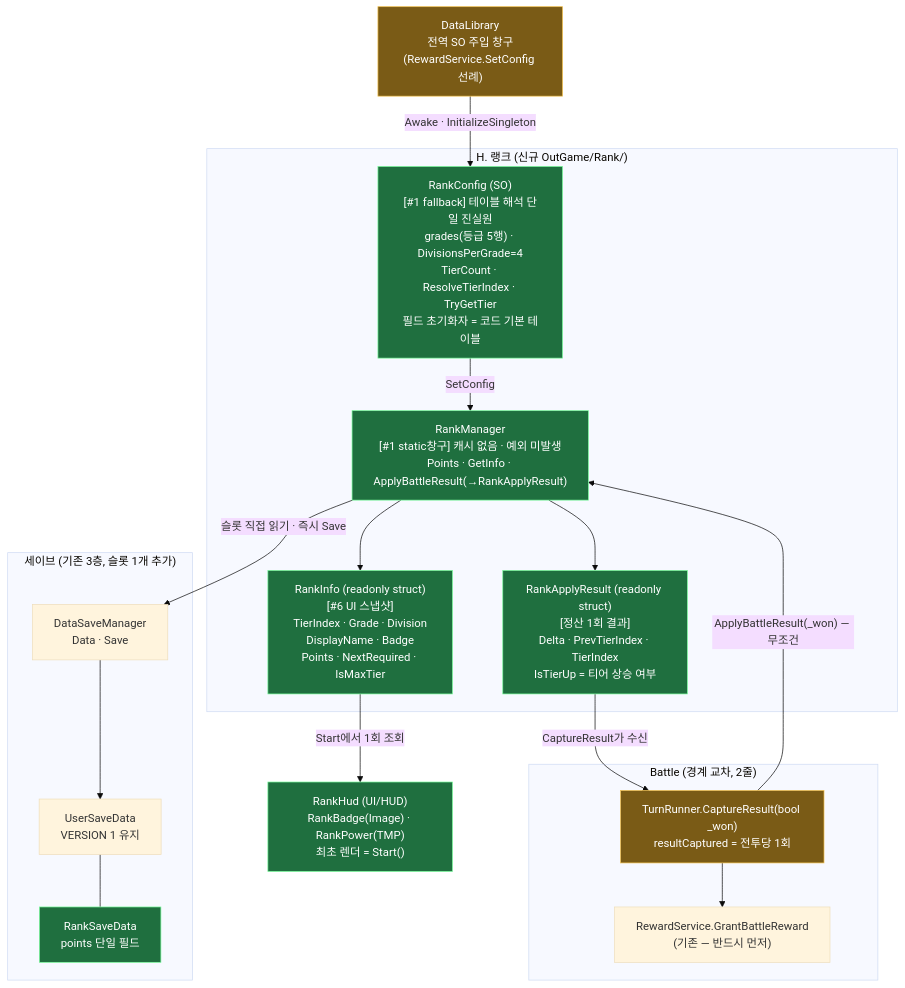
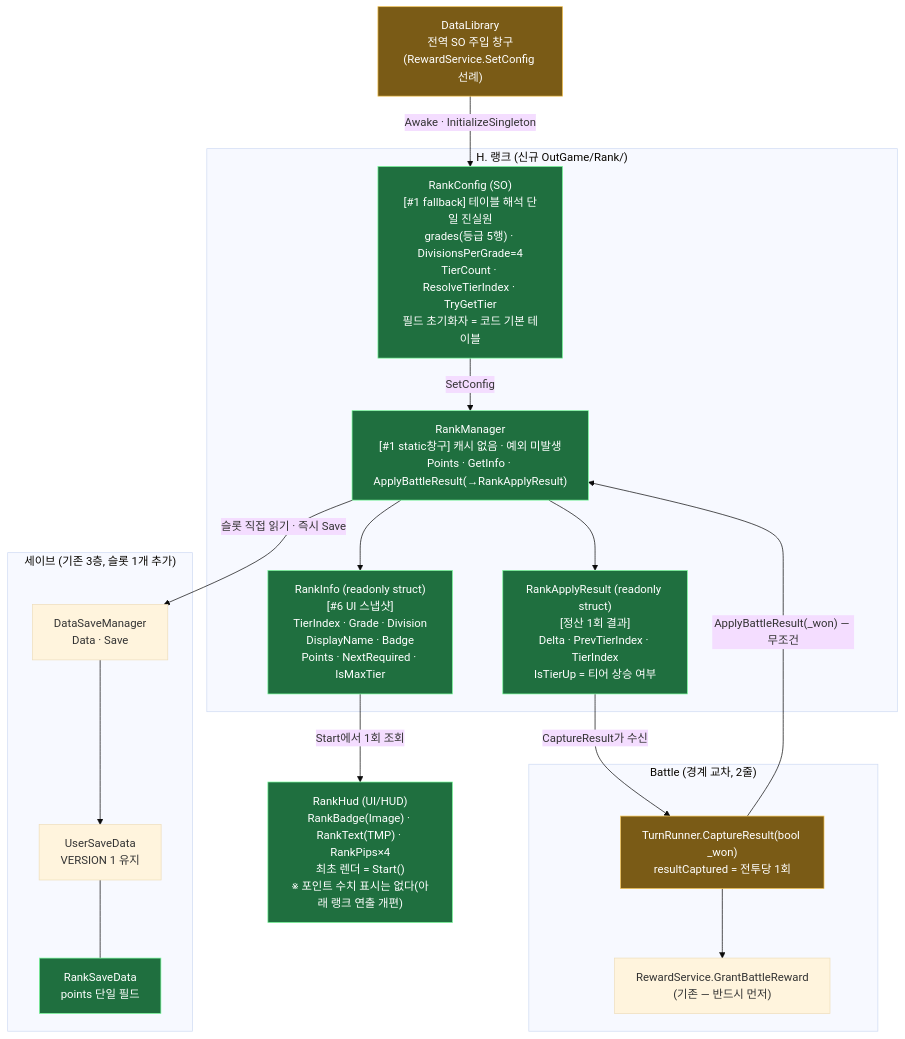
Diagram 12 of 20 in docs/OutGamePlan/STRUCTURE.md (hspark-maker/TeamfightTCG_Migriation), drawn with Mermaid (base theme) before and after one commit. The commit also changed other lines of this file and 45 other files, not shown here.

````diff
--- a/docs/OutGamePlan/STRUCTURE.md
+++ b/docs/OutGamePlan/STRUCTURE.md
@@ -546,38 +546,38 @@
 ```mermaid
 flowchart TD
     subgraph save["세이브 (기존 3층, 슬롯 1개 추가)"]
         DSM["DataSaveManager<br/>Data · Save"]
         USD["UserSaveData<br/>VERSION 1 유지"]
         RSD["RankSaveData<br/>points 단일 필드"]:::new
     end
 
     subgraph rank["H. 랭크 (신규 OutGame/Rank/)"]
         CFG["RankConfig (SO)<br/>[#1 fallback] 테이블 해석 단일 진실원<br/>grades(등급 5행) · DivisionsPerGrade=4<br/>TierCount · ResolveTierIndex · TryGetTier<br/>필드 초기화자 = 코드 기본 테이블"]:::new
         MGR["RankManager<br/>[#1 static창구] 캐시 없음 · 예외 미발생<br/>Points · GetInfo · ApplyBattleResult(→RankApplyResult)"]:::new
         APPLY["RankApplyResult (readonly struct)<br/>[정산 1회 결과]<br/>Delta · PrevTierIndex · TierIndex<br/>IsTierUp = 티어 상승 여부"]:::new
         INFO["RankInfo (readonly struct)<br/>[#6 UI 스냅샷]<br/>TierIndex · Grade · Division<br/>DisplayName · Badge<br/>Points · NextRequired · IsMaxTier"]:::new
     end
 
     subgraph battle["Battle (경계 교차, 2줄)"]
         TR["TurnRunner.CaptureResult(bool _won)<br/>resultCaptured = 전투당 1회"]:::chg
         RS["RewardService.GrantBattleReward<br/>(기존 — 반드시 먼저)"]
     end
 
     DL["DataLibrary<br/>전역 SO 주입 창구<br/>(RewardService.SetConfig 선례)"]:::chg
-    HUD["RankHud (UI/HUD)<br/>RankBadge(Image) · RankPower(TMP)<br/>최초 렌더 = Start()"]:::new
+    HUD["RankHud (UI/HUD)<br/>RankBadge(Image) · RankText(TMP) · RankPips×4<br/>최초 렌더 = Start()<br/>※ 포인트 수치 표시는 없다(아래 랭크 연출 개편)"]:::new
 
     DSM --> USD
     USD --- RSD
     MGR -->|"슬롯 직접 읽기 · 즉시 Save"| DSM
     CFG -->|SetConfig| MGR
     DL -->|"Awake · InitializeSingleton"| CFG
     TR --> RS
     TR -->|"ApplyBattleResult(_won) — 무조건"| MGR
     MGR --> APPLY
     APPLY -->|"CaptureResult가 수신"| TR
     MGR --> INFO
     INFO -->|"Start에서 1회 조회"| HUD
 
     classDef new fill:#1f6f3f,stroke:#7CFC9E,color:#fff;
     classDef chg fill:#7a5b16,stroke:#f2c14e,color:#fff;
 ```
````
